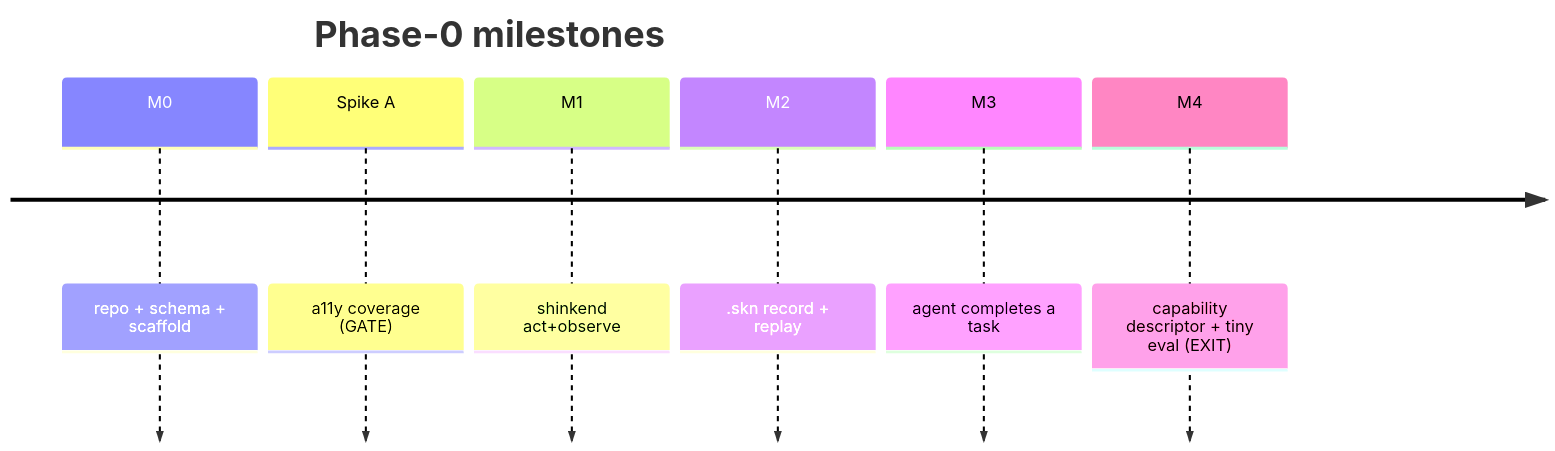
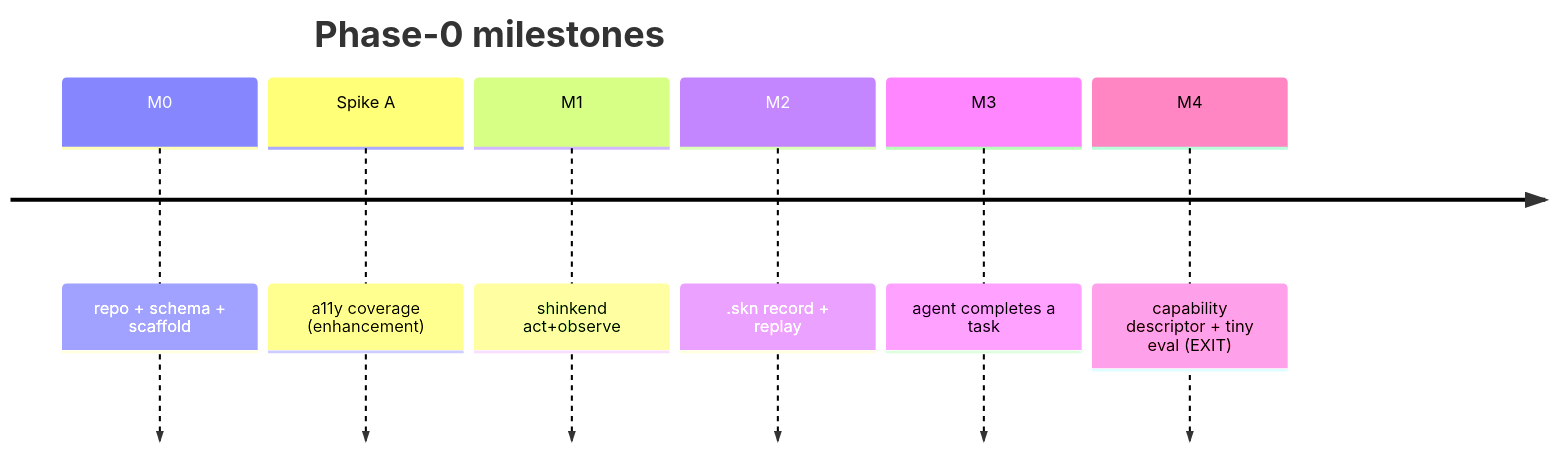
One commit to Meirtz/Shinken changed the third of 3 diagrams in docs/10-phase0-plan.md. Above: the diagram before and after it, drawn with Mermaid. The commit also changed other lines of this file and 10 other files, not shown here.

````diff
--- a/docs/10-phase0-plan.md
+++ b/docs/10-phase0-plan.md
@@ -148,10 +151,10 @@
 ```mermaid
 timeline
     title Phase-0 milestones
     M0 : repo + schema + scaffold
-    Spike A : a11y coverage (GATE)
+    Spike A : a11y coverage (enhancement)
     M1 : shinkend act+observe
     M2 : .skn record + replay
     M3 : agent completes a task
     M4 : capability descriptor + tiny eval (EXIT)
 ```
````
